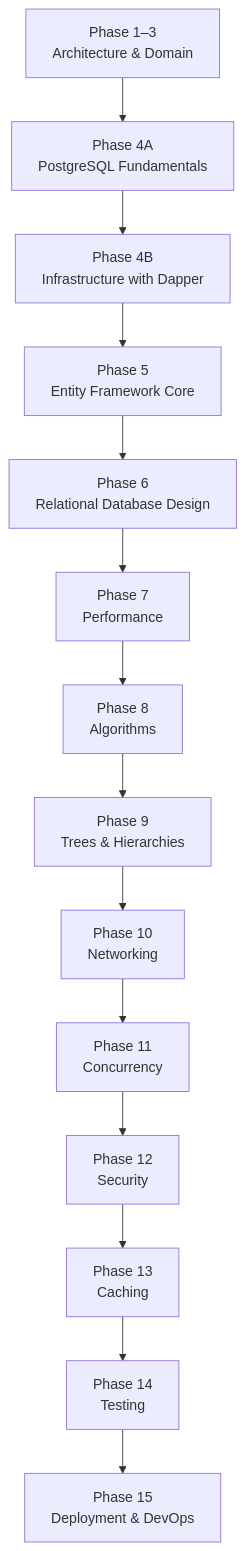
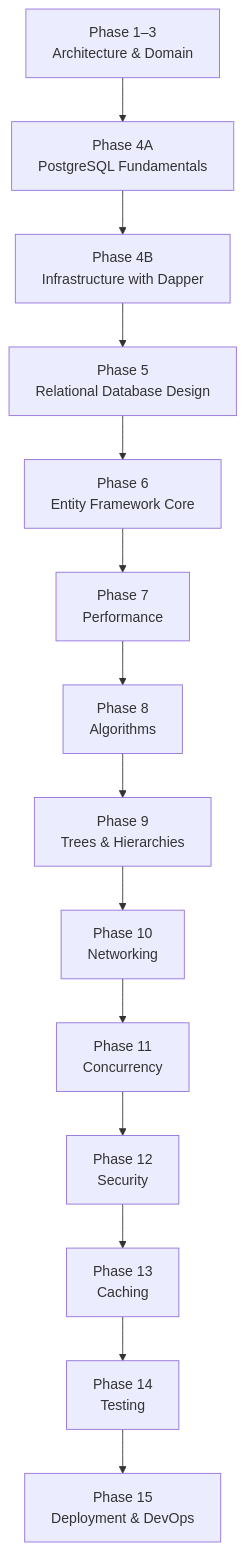
Before and after one commit to Jherson-Aguto/BankingSystem: the diagram in docs/Path.md, drawn with Mermaid. The commit also changed other lines of this file and 1 other file, not shown here.

Commit message:
Updated documentation roadmap

````diff
--- a/docs/Path.md
+++ b/docs/Path.md
@@ -64,31 +71,31 @@
 ```mermaid
 graph TD
 
 A[Phase 1–3<br/>Architecture & Domain]
 
 --> B[Phase 4A<br/>PostgreSQL Fundamentals]
 
 --> C[Phase 4B<br/>Infrastructure with Dapper]
 
---> D[Phase 5<br/>Entity Framework Core]
+--> D[Phase 5<br/>Relational Database Design]
 
---> E[Phase 6<br/>Relational Database Design]
+--> E[Phase 6<br/>Entity Framework Core]
 
 --> F[Phase 7<br/>Performance]
 
 --> G[Phase 8<br/>Algorithms]
 
 --> H[Phase 9<br/>Trees & Hierarchies]
 
 --> I[Phase 10<br/>Networking]
 
 --> J[Phase 11<br/>Concurrency]
 
 --> K[Phase 12<br/>Security]
 
 --> L[Phase 13<br/>Caching]
 
 --> M[Phase 14<br/>Testing]
 
 --> N[Phase 15<br/>Deployment & DevOps]
 ```
````
